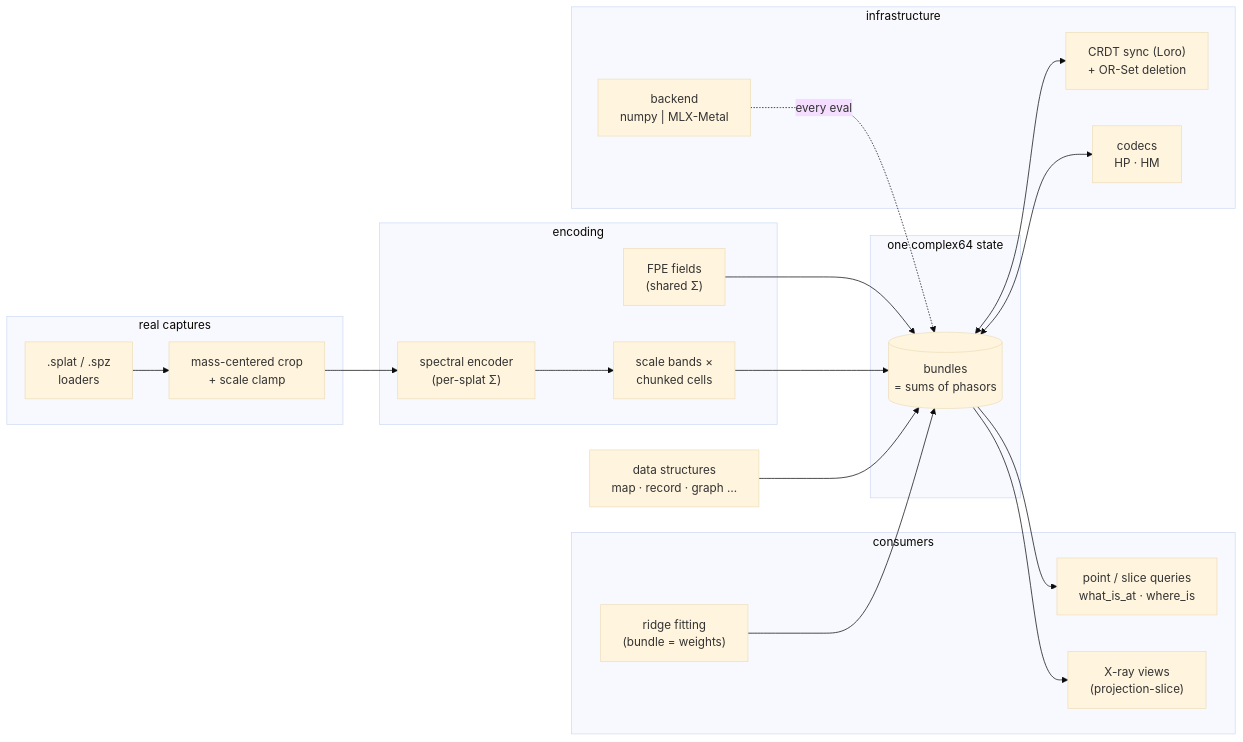
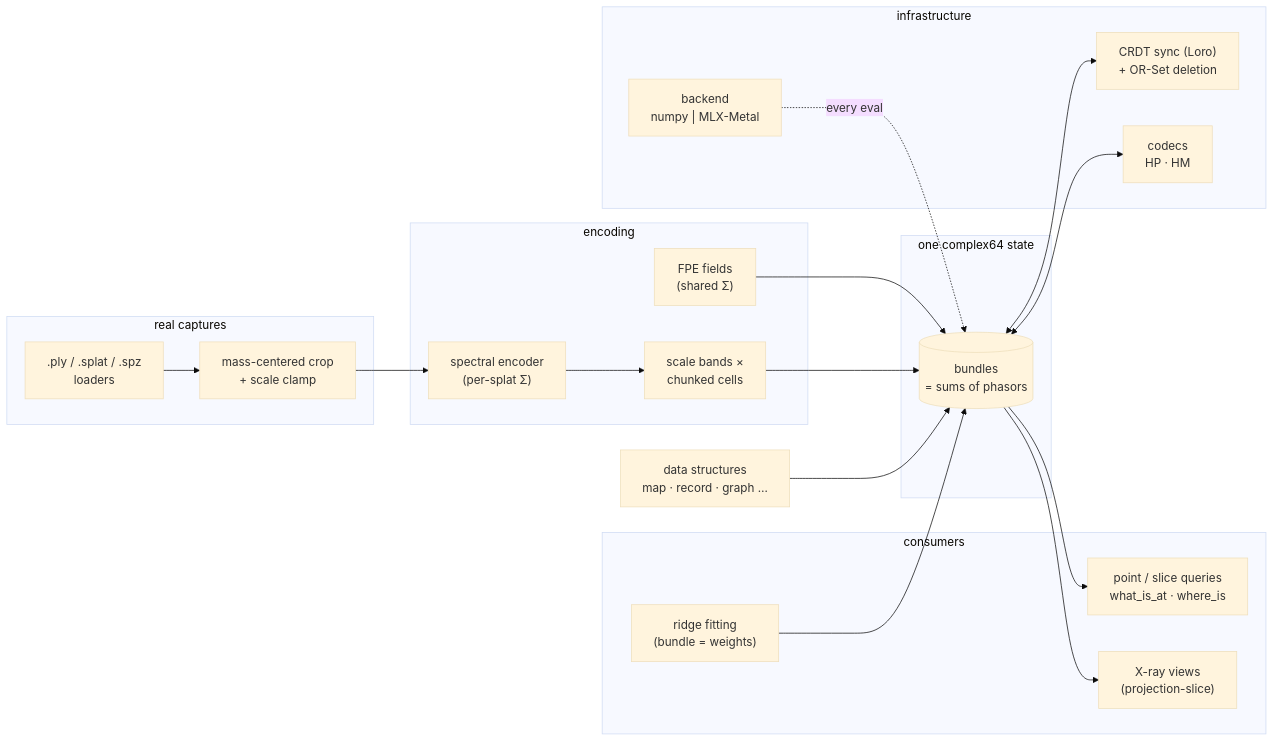
Before and after one commit to squatch-stack/hdc-holo: the diagram in docs/README.md, drawn with Mermaid (base theme). The commit also changed 15 other files, not shown here.

````diff
--- a/docs/README.md
+++ b/docs/README.md
@@ -11,33 +11,33 @@
 ```mermaid
 flowchart LR
     subgraph capture["real captures"]
-        SPZ[".splat / .spz<br/>loaders"] --> CROP["mass-centered crop<br/>+ scale clamp"]
+        SPZ[".ply / .splat / .spz<br/>loaders"] --> CROP["mass-centered crop<br/>+ scale clamp"]
     end
     subgraph encode["encoding"]
         FPE["FPE fields<br/>(shared Σ)"]
         SPEC["spectral encoder<br/>(per-splat Σ)"]
         BANDS["scale bands ×<br/>chunked cells"]
     end
     subgraph state["one complex64 state"]
         BUNDLE[("bundles<br/>= sums of phasors")]
     end
     subgraph consume["consumers"]
         QUERY["point / slice queries<br/>what_is_at · where_is"]
         RENDER["X-ray views<br/>(projection-slice)"]
         FIT["ridge fitting<br/>(bundle = weights)"]
     end
     subgraph infra["infrastructure"]
         SYNC["CRDT sync (Loro)<br/>+ OR-Set deletion"]
         STORE["codecs<br/>HP · HM"]
         GPU["backend<br/>numpy | MLX-Metal"]
     end
     CROP --> SPEC
     FPE --> BUNDLE
     SPEC --> BANDS --> BUNDLE
     STRUCT["data structures<br/>map · record · graph …"] --> BUNDLE
     BUNDLE --> QUERY & RENDER
     FIT --> BUNDLE
     BUNDLE <--> SYNC
     BUNDLE <--> STORE
     GPU -.every eval.-> BUNDLE
 ```
````
